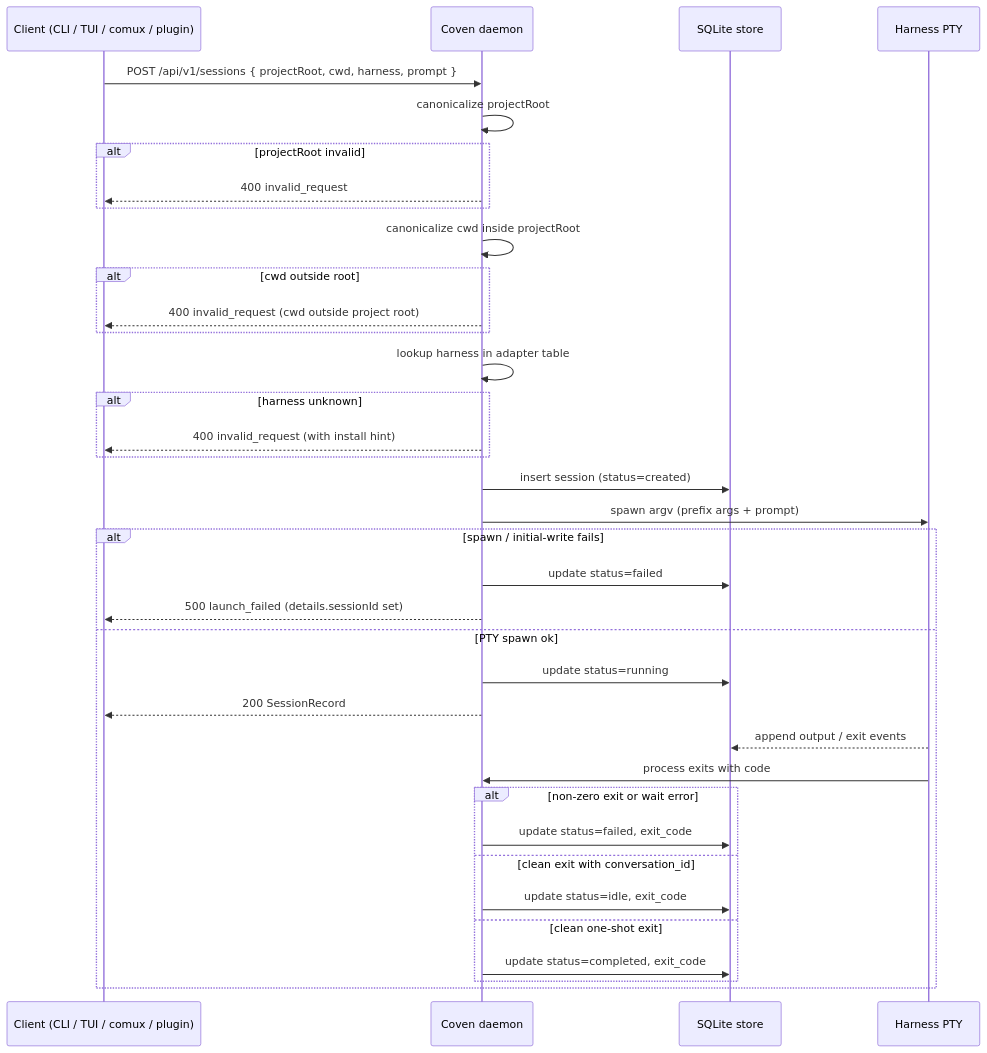
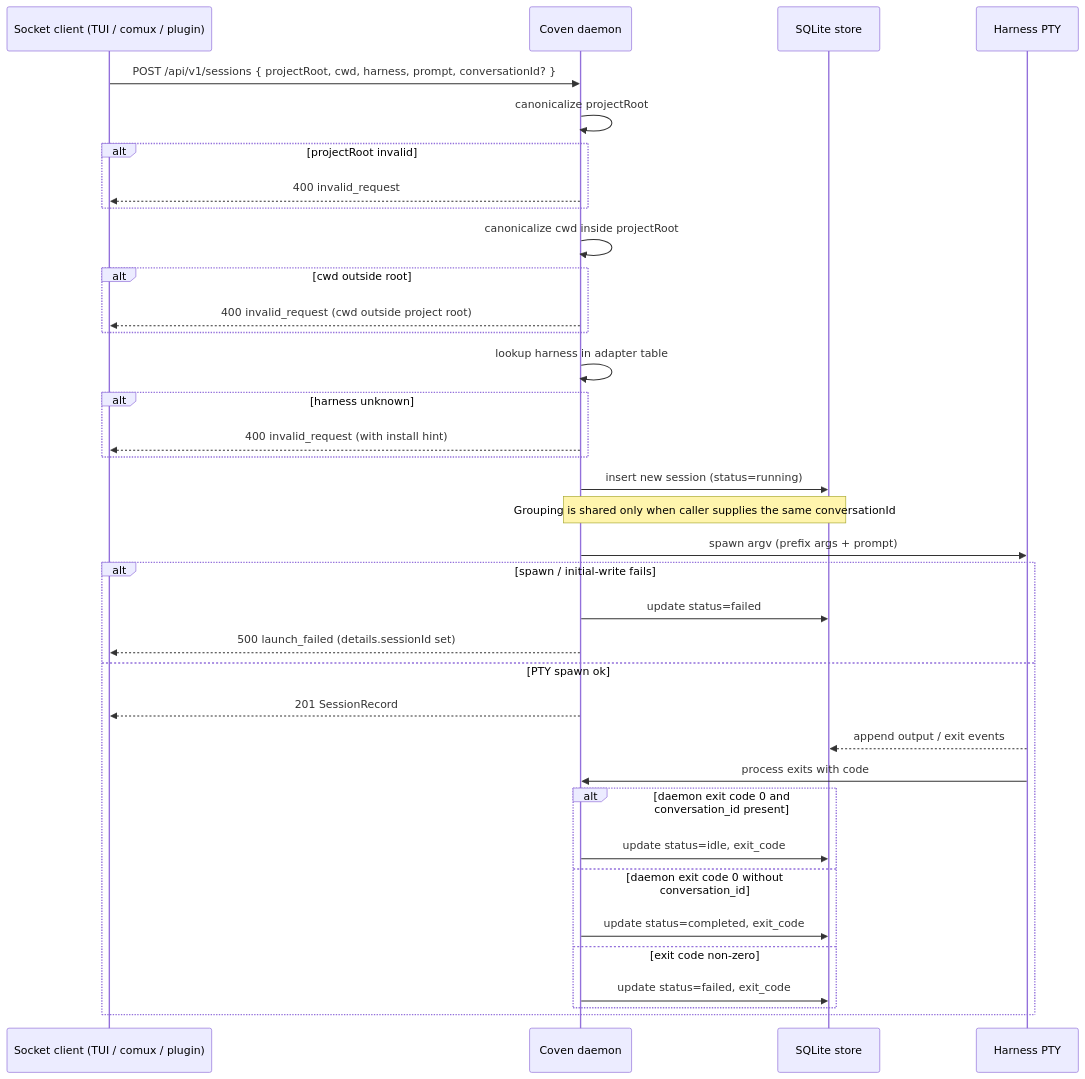
Before and after one commit to CompleteDotTech/coven: the second of 2 diagrams in docs/SESSION-LIFECYCLE.md, drawn with Mermaid. The commit also changed other lines of this file and 13 other files, not shown here.

````diff
--- a/docs/SESSION-LIFECYCLE.md
+++ b/docs/SESSION-LIFECYCLE.md
@@ -79,39 +78,39 @@
 ```mermaid
 sequenceDiagram
-  participant Client as Client (CLI / TUI / comux / plugin)
+  participant Client as Socket client (TUI / comux / plugin)
   participant Daemon as Coven daemon
   participant Store as SQLite store
   participant PTY as Harness PTY
 
-  Client->>Daemon: POST /api/v1/sessions { projectRoot, cwd, harness, prompt }
+  Client->>Daemon: POST /api/v1/sessions { projectRoot, cwd, harness, prompt, conversationId? }
   Daemon->>Daemon: canonicalize projectRoot
   alt projectRoot invalid
     Daemon-->>Client: 400 invalid_request
   end
   Daemon->>Daemon: canonicalize cwd inside projectRoot
   alt cwd outside root
     Daemon-->>Client: 400 invalid_request (cwd outside project root)
   end
   Daemon->>Daemon: lookup harness in adapter table
   alt harness unknown
     Daemon-->>Client: 400 invalid_request (with install hint)
   end
-  Daemon->>Store: insert session (status=created)
+  Daemon->>Store: insert new session (status=running)
+  Note over Daemon,Store: Grouping is shared only when caller supplies the same conversationId
   Daemon->>PTY: spawn argv (prefix args + prompt)
   alt spawn / initial-write fails
     Daemon->>Store: update status=failed
     Daemon-->>Client: 500 launch_failed (details.sessionId set)
   else PTY spawn ok
-    Daemon->>Store: update status=running
-    Daemon-->>Client: 200 SessionRecord
+    Daemon-->>Client: 201 SessionRecord
     PTY-->>Store: append output / exit events
     PTY->>Daemon: process exits with code
-    alt non-zero exit or wait error
+    alt daemon exit code 0 and conversation_id present
+      Daemon->>Store: update status=idle, exit_code
+    else daemon exit code 0 without conversation_id
+      Daemon->>Store: update status=completed, exit_code
+    else exit code non-zero
       Daemon->>Store: update status=failed, exit_code
-    else clean exit with conversation_id
-      Daemon->>Store: update status=idle, exit_code
-    else clean one-shot exit
-      Daemon->>Store: update status=completed, exit_code
     end
   end
 ```
````
